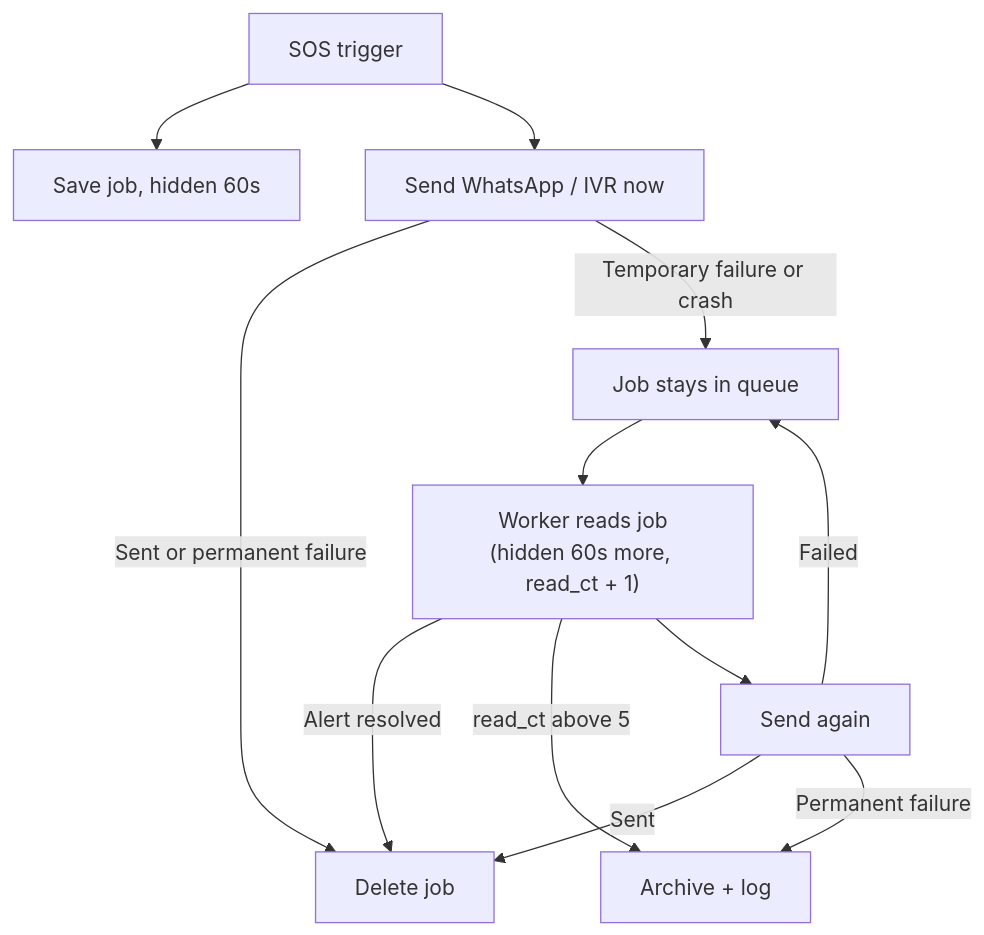
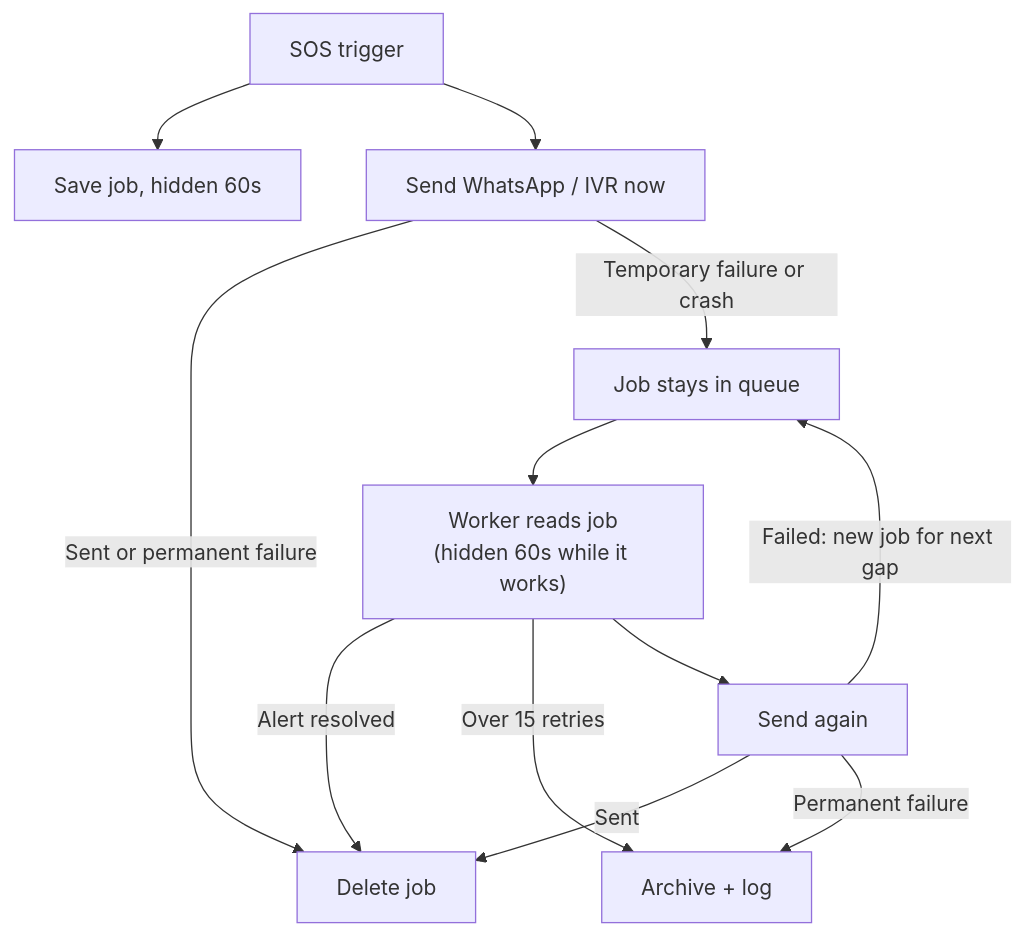
The second of 3 diagrams in docs/DEVI_SYSTEM_ARCHITECTURE.md (macvelsoftwaresolution/DEVI_APP), drawn with Mermaid before and after one commit. The commit also changed other lines of this file and 3 other files, not shown here.

````diff
--- a/docs/DEVI_SYSTEM_ARCHITECTURE.md
+++ b/docs/DEVI_SYSTEM_ARCHITECTURE.md
@@ -367,14 +368,14 @@
 ```mermaid
 flowchart TD
     A["SOS trigger"] --> B["Save job, hidden 60s"]
     A --> C["Send WhatsApp / IVR now"]
     C -->|"Sent or permanent failure"| D["Delete job"]
     C -->|"Temporary failure or crash"| E["Job stays in queue"]
-    E --> F["Worker reads job<br/>(hidden 60s more, read_ct + 1)"]
+    E --> F["Worker reads job<br/>(hidden 60s while it works)"]
     F -->|"Alert resolved"| D
-    F -->|"read_ct above 5"| G["Archive + log"]
+    F -->|"Over 15 retries"| G["Archive + log"]
     F --> H["Send again"]
     H -->|"Sent"| D
     H -->|"Permanent failure"| G
-    H -->|"Failed"| E
+    H -->|"Failed: new job for next gap"| E
 ```
````
